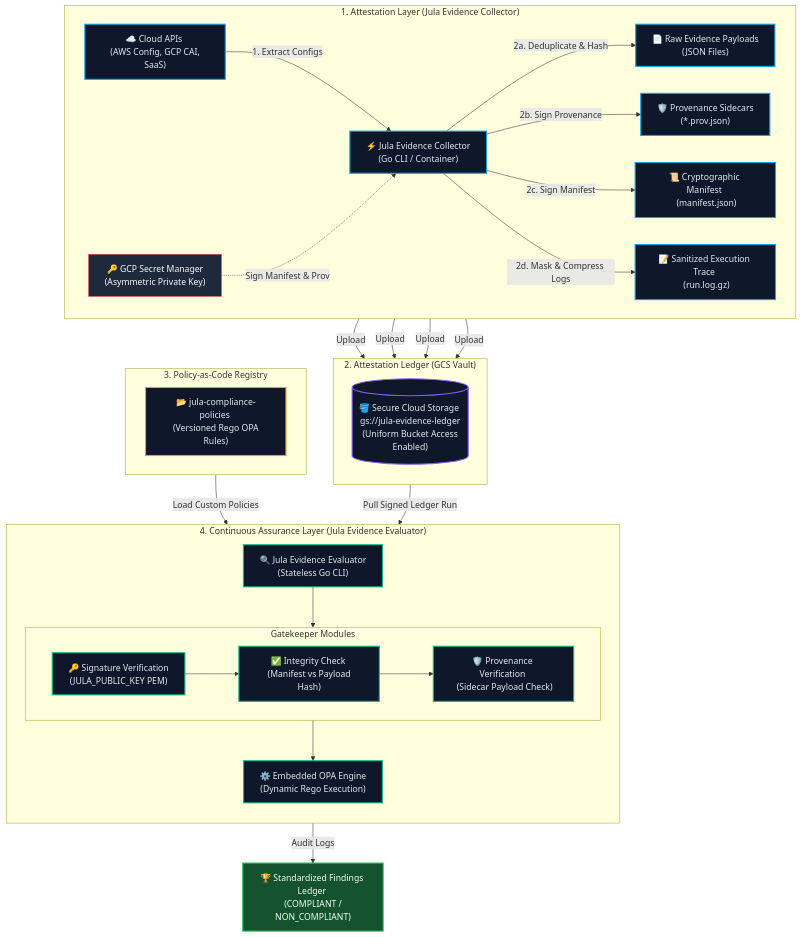
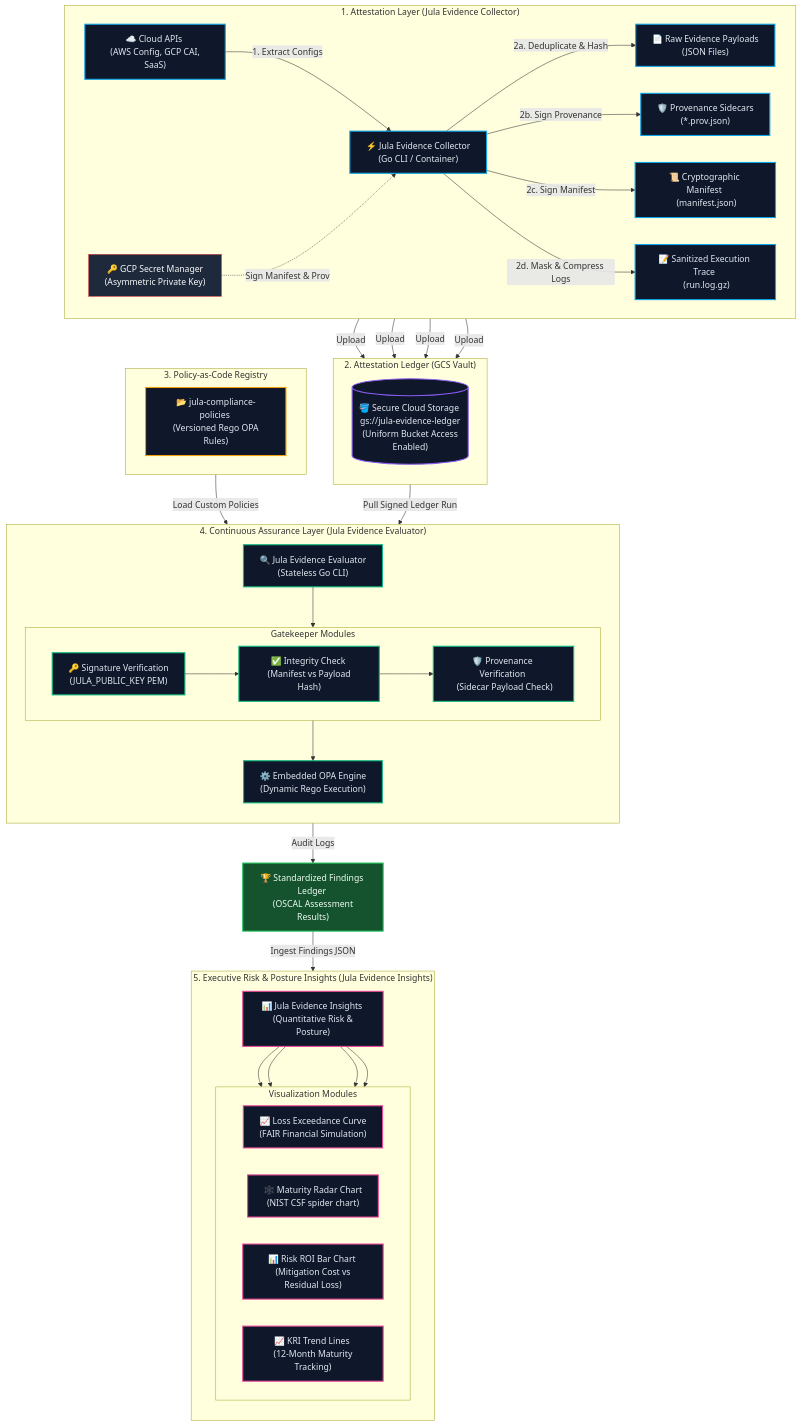
The diagram in README.md (alibkaba/jula), drawn with Mermaid before and after one commit. The commit also changed other lines of this file and 20 other files, not shown here.

````diff
--- a/README.md
+++ b/README.md
@@ -53,6 +53,7 @@
     classDef evaluator fill:#0f172a,stroke:#10b981,stroke-width:2px,color:#e2e8f0;
     classDef security fill:#1e293b,stroke:#ef4444,stroke-width:1px,color:#f8fafc;
     classDef output fill:#14532d,stroke:#22c55e,stroke-width:2px,color:#f0fdf4;
+    classDef insights fill:#0f172a,stroke:#ec4899,stroke-width:2px,color:#e2e8f0;
 
     subgraph Phase1 ["1. Attestation Layer (Jula Evidence Collector)"]
         direction LR
@@ -97,9 +98,28 @@
         ProvCheck --> OPA
     end
 
+    subgraph Phase5 ["5. Executive Risk & Posture Insights (Jula Evidence Insights)"]
+        direction TB
+        DB["📊 Jula Evidence Insights <br> (Quantitative Risk & Posture)"]
+        
+        subgraph Views ["Visualization Modules"]
+            direction LR
+            LEC["📈 Loss Exceedance Curve <br> (FAIR Financial Simulation)"]
+            Radar["🕸️ Maturity Radar Chart <br> (NIST CSF spider chart)"]
+            ROI["📊 Risk ROI Bar Chart <br> (Mitigation Cost vs Residual Loss)"]
+            Trend["📈 KRI Trend Lines <br> (12-Month Maturity Tracking)"]
+        end
+        
+        DB --> LEC
+        DB --> Radar
+        DB --> ROI
+        DB --> Trend
+    end
+
     GCS -->|Pull Signed Ledger Run| EE
     PR -->|Load Custom Policies| EE
-    OPA -->|Audit Logs| Findings["🏆 Standardized Findings Ledger <br> (COMPLIANT / NON_COMPLIANT)"]
+    OPA -->|Audit Logs| Findings["🏆 Standardized Findings Ledger <br> (OSCAL Assessment Results)"]
+    Findings -->|Ingest Findings JSON| DB
 
     %% Apply Styles
     class APIs,EC,H,P,M,L collector;
@@ -108,4 +128,5 @@
     class EE,SigCheck,HashCheck,ProvCheck,OPA evaluator;
     class KMS security;
     class Findings output;
+    class DB,LEC,Radar,ROI,Trend insights;
 ```
````
